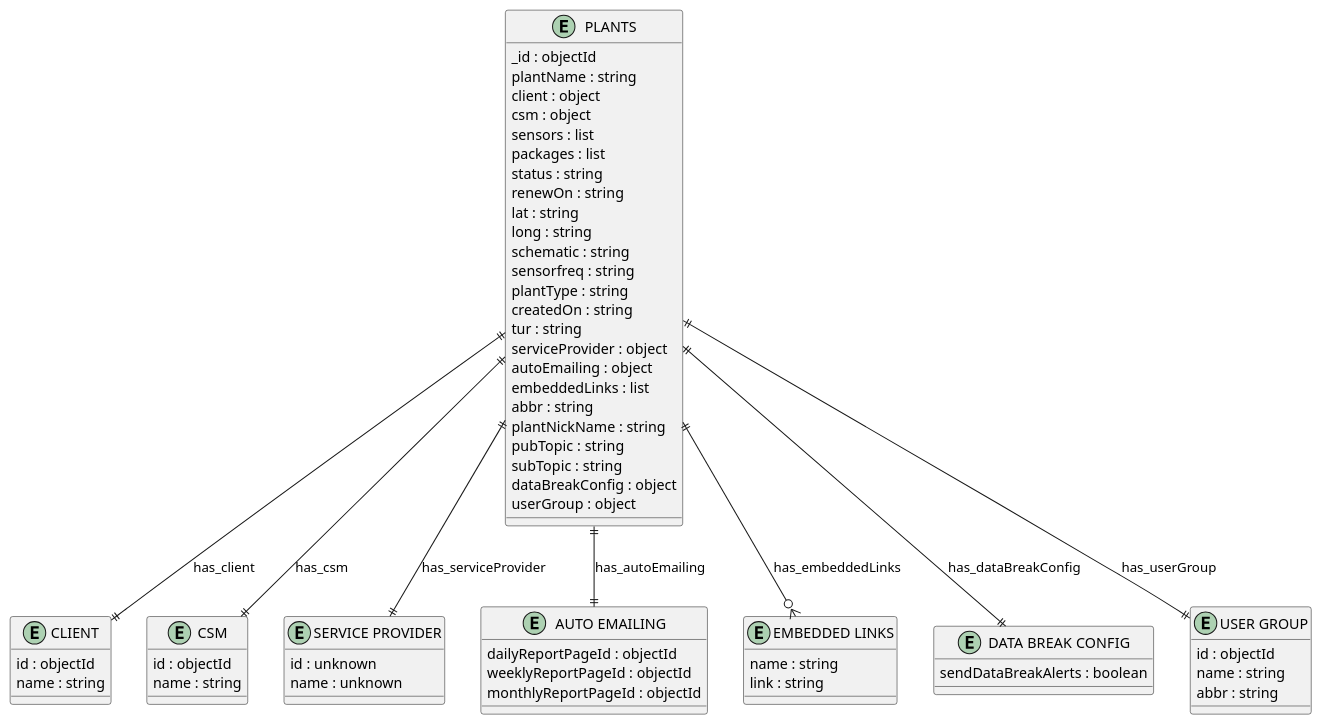
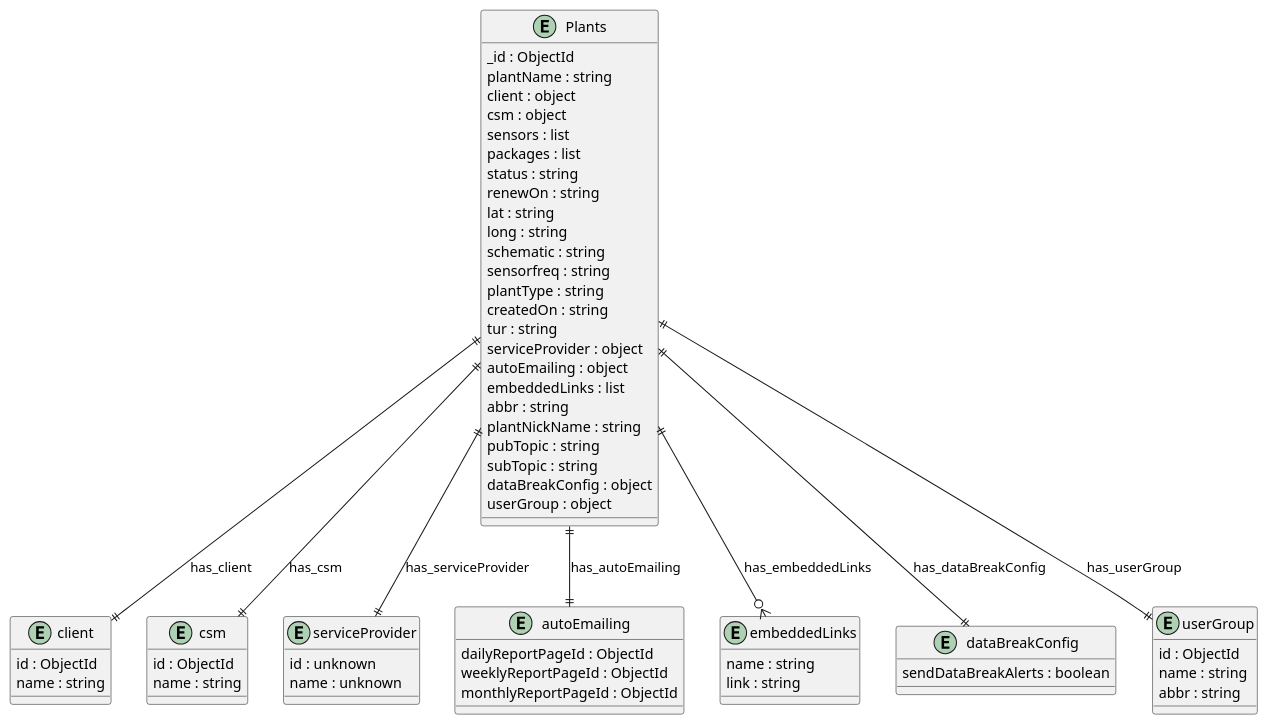
One commit to DigitalPaani/DigitalPaani_ERD changed the diagram in erd_output/PLANTS.puml. Above: the diagram before and after it, drawn with PlantUML. The commit also changed 274 other files, not shown here.

Commit message:
fix: updated diagram and script

```diff
--- a/erd_output/PLANTS.puml
+++ b/erd_output/PLANTS.puml
@@ -1,74 +1,74 @@
-@startuml PLANTS_Diagram
+@startuml Plants_Diagram
 
-entity "PLANTS" as PLANTS {
-  _id : objectId
+entity "Plants" as Plants {
+  _id : ObjectId
   plantName : string
   client : object
   csm : object
   sensors : list
   packages : list
   status : string
   renewOn : string
   lat : string
   long : string
   schematic : string
   sensorfreq : string
   plantType : string
   createdOn : string
   tur : string
   serviceProvider : object
   autoEmailing : object
   embeddedLinks : list
   abbr : string
   plantNickName : string
   pubTopic : string
   subTopic : string
   dataBreakConfig : object
   userGroup : object
 }
 
-entity "CLIENT" as CLIENT {
-  id : objectId
+entity "client" as client {
+  id : ObjectId
   name : string
 }
 
-entity "CSM" as CSM {
-  id : objectId
+entity "csm" as csm {
+  id : ObjectId
   name : string
 }
 
-entity "SERVICE PROVIDER" as SERVICE_PROVIDER {
+entity "serviceProvider" as serviceProvider {
   id : unknown
   name : unknown
 }
 
-entity "AUTO EMAILING" as AUTO_EMAILING {
-  dailyReportPageId : objectId
-  weeklyReportPageId : objectId
-  monthlyReportPageId : objectId
+entity "autoEmailing" as autoEmailing {
+  dailyReportPageId : ObjectId
+  weeklyReportPageId : ObjectId
+  monthlyReportPageId : ObjectId
 }
 
-entity "EMBEDDED LINKS" as EMBEDDED_LINKS {
+entity "embeddedLinks" as embeddedLinks {
   name : string
   link : string
 }
 
-entity "DATA BREAK CONFIG" as DATA_BREAK_CONFIG {
+entity "dataBreakConfig" as dataBreakConfig {
   sendDataBreakAlerts : boolean
 }
 
-entity "USER GROUP" as USER_GROUP {
-  id : objectId
+entity "userGroup" as userGroup {
+  id : ObjectId
   name : string
   abbr : string
 }
 
 ' // Relationships
-PLANTS ||--|| CLIENT : has_client
-PLANTS ||--|| CSM : has_csm
-PLANTS ||--|| SERVICE_PROVIDER : has_serviceProvider
-PLANTS ||--|| AUTO_EMAILING : has_autoEmailing
-PLANTS ||--o{ EMBEDDED_LINKS : has_embeddedLinks
-PLANTS ||--|| DATA_BREAK_CONFIG : has_dataBreakConfig
-PLANTS ||--|| USER_GROUP : has_userGroup
+Plants ||--|| client : has_client
+Plants ||--|| csm : has_csm
+Plants ||--|| serviceProvider : has_serviceProvider
+Plants ||--|| autoEmailing : has_autoEmailing
+Plants ||--o{ embeddedLinks : has_embeddedLinks
+Plants ||--|| dataBreakConfig : has_dataBreakConfig
+Plants ||--|| userGroup : has_userGroup
 @enduml
```
